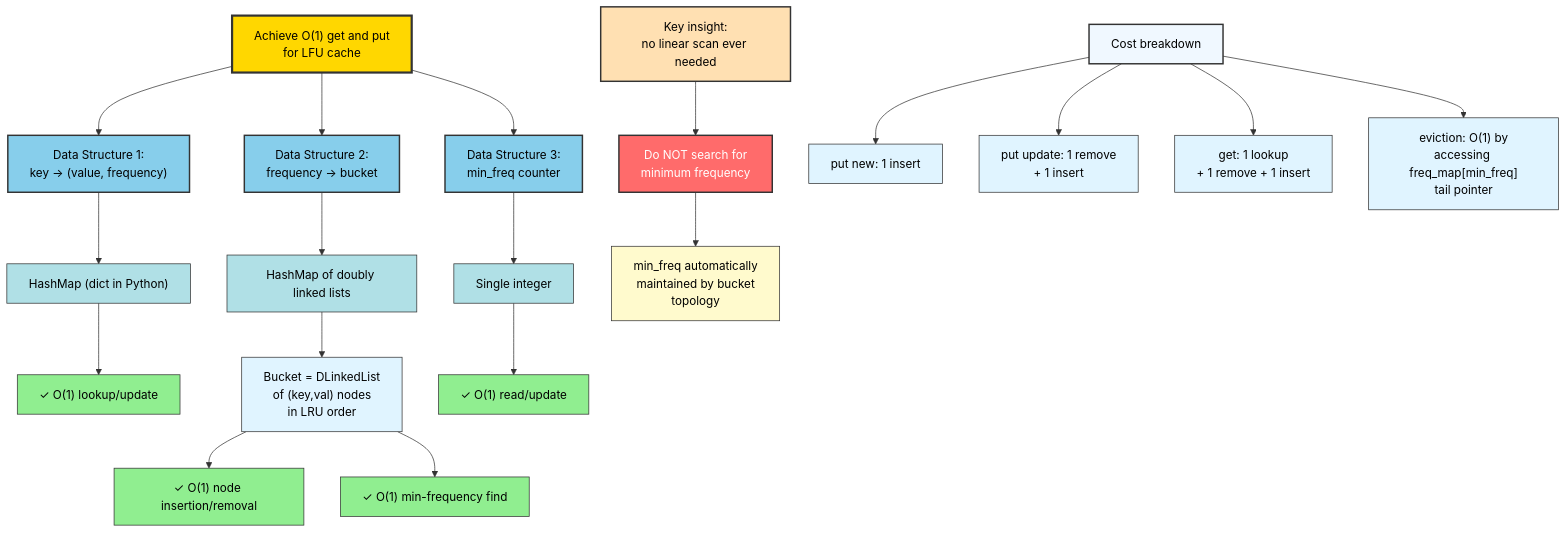
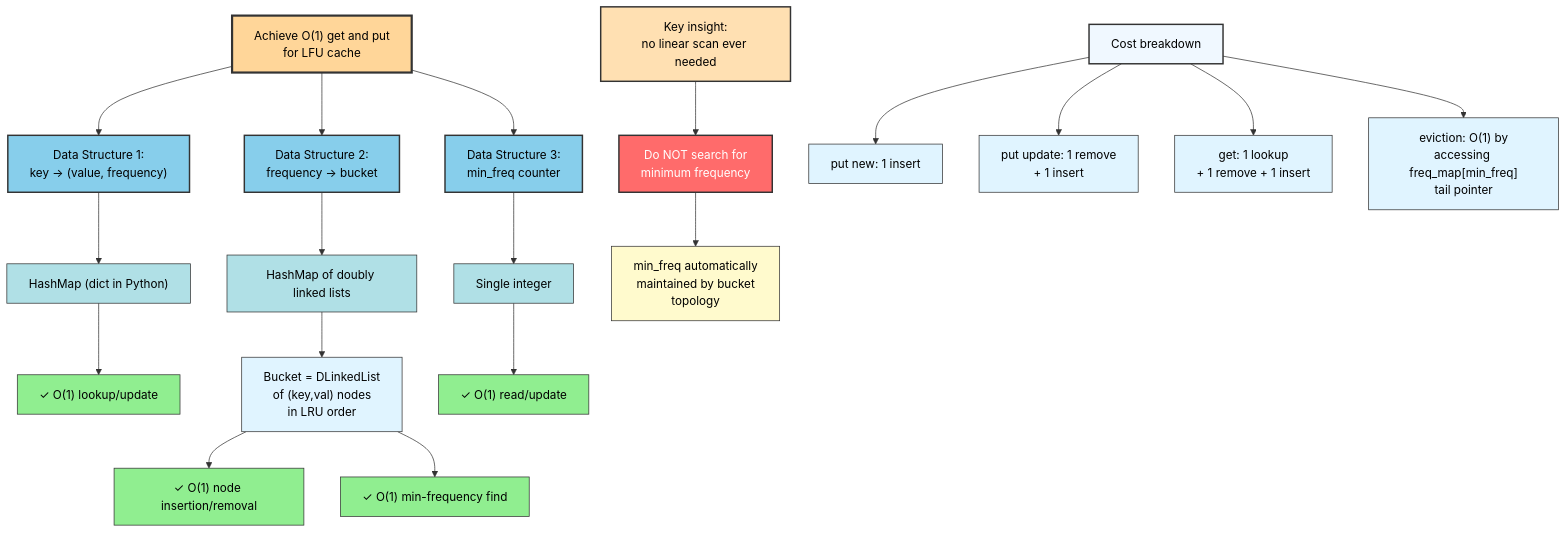
One commit to souradeepta/interviewprep changed the fifth of 6 diagrams in docs/new_ds/lfu_cache.md. Above: the diagram before and after it, drawn with Mermaid. The commit also changed other lines of this file and 31 other files, not shown here.

Commit message:
updated graphs

````diff
--- a/docs/new_ds/lfu_cache.md
+++ b/docs/new_ds/lfu_cache.md
@@ -155,39 +155,39 @@
 ```mermaid
 graph TD
     A["Achieve O(1) get and put<br/>for LFU cache"]:::goal
     
     A --> B["Data Structure 1:<br/>key → (value, frequency)"]:::struct
     B --> B1["HashMap (dict in Python)"]:::impl
     B1 --> B2["✓ O(1) lookup/update"]:::benefit
     
     A --> C["Data Structure 2:<br/>frequency → bucket"]:::struct
     C --> C1["HashMap of doubly linked lists"]:::impl
     C1 --> C2["Bucket = DLinkedList<br/>of (key,val) nodes<br/>in LRU order"]:::detail
     C2 --> C3["✓ O(1) node insertion/removal"]:::benefit
     C2 --> C4["✓ O(1) min-frequency find"]:::benefit
     
     A --> D["Data Structure 3:<br/>min_freq counter"]:::struct
     D --> D1["Single integer"]:::impl
     D1 --> D2["✓ O(1) read/update"]:::benefit
     
     E["Key insight:<br/>no linear scan ever needed"]:::insight
     E --> E1["Do NOT search for<br/>minimum frequency"]:::antipattern
     E1 --> E2["min_freq automatically<br/>maintained by bucket<br/>topology"]:::mechanism
     
     F["Cost breakdown"]:::cost
     F --> F1["put new: 1 insert"]:::op
     F --> F2["put update: 1 remove<br/>+ 1 insert"]:::op
     F --> F3["get: 1 lookup<br/>+ 1 remove + 1 insert"]:::op
     F --> F4["eviction: O(1) by<br/>accessing freq_map[min_freq]<br/>tail pointer"]:::op
     
-    classDef goal fill:#FFD700,stroke:#333,stroke-width:3px,color:#000
+    classDef goal fill:#ffd699,color:#000,stroke:#333,stroke-width:2px,stroke:#333,stroke-width:3px,color:#000
     classDef struct fill:#87CEEB,stroke:#333,stroke-width:2px,color:#000
     classDef impl fill:#B0E0E6,stroke:#333,stroke-width:1px,color:#000
     classDef detail fill:#E0F4FF,stroke:#333,stroke-width:1px,color:#000
-    classDef benefit fill:#90EE90,stroke:#333,stroke-width:1px,color:#000
+    classDef benefit fill:#90ee90,color:#000,stroke:#333,stroke-width:2px,stroke:#333,stroke-width:1px,color:#000
     classDef insight fill:#FFE0B2,stroke:#333,stroke-width:2px,color:#000
     classDef antipattern fill:#FF6B6B,stroke:#333,stroke-width:2px,color:#fff
     classDef mechanism fill:#FFFACD,stroke:#333,stroke-width:1px,color:#000
     classDef cost fill:#F0F8FF,stroke:#333,stroke-width:2px,color:#000
     classDef op fill:#E0F4FF,stroke:#333,stroke-width:1px,color:#000
 ```
````
